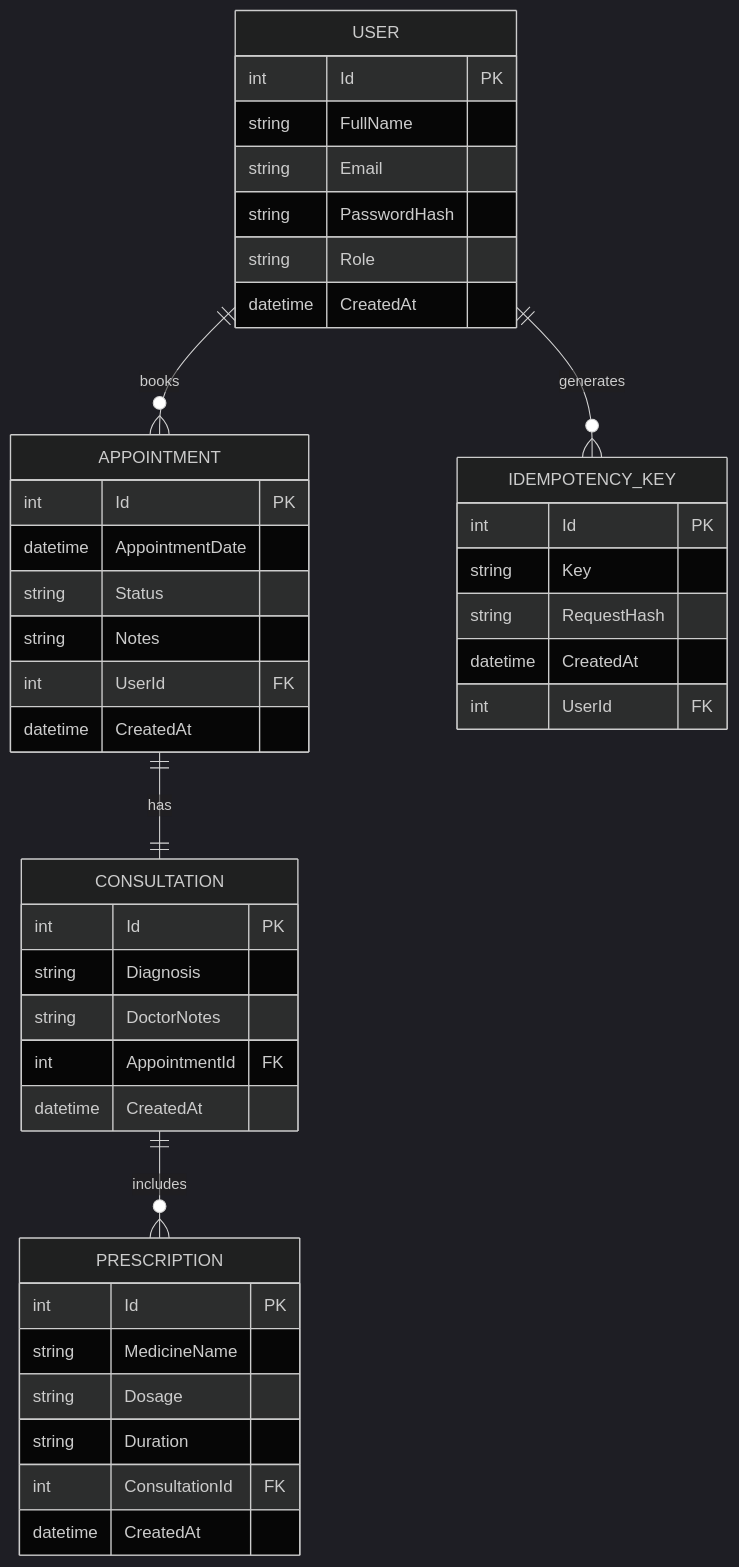
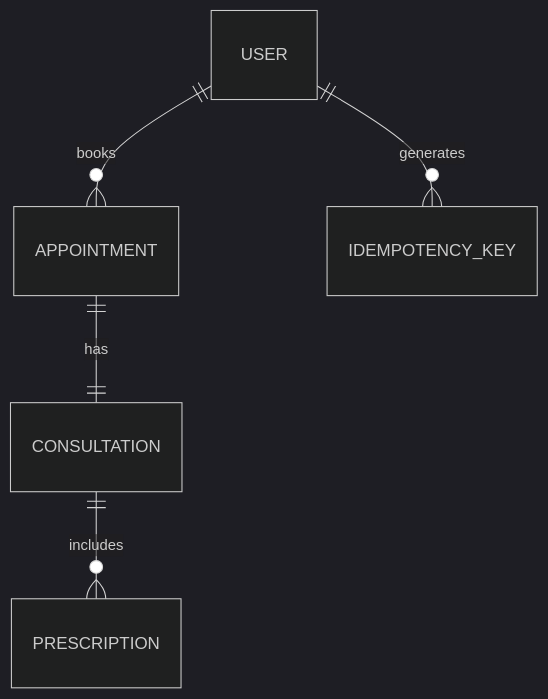
The second of 3 diagrams in README.md (poornimajoshi90/appointment-booking-api), drawn with Mermaid (dark theme) before and after one commit. The commit also changed other lines of this file and 41 other files, not shown here.

````diff
--- a/README.md
+++ b/README.md
@@ -59,52 +69,9 @@
 ```mermaid
 erDiagram
 
-    USER ||--o{ APPOINTMENT : books
-    USER ||--o{ IDEMPOTENCY_KEY : generates
+USER ||--o{ APPOINTMENT : books
+USER ||--o{ IDEMPOTENCY_KEY : generates
 
-    APPOINTMENT ||--|| CONSULTATION : has
-    CONSULTATION ||--o{ PRESCRIPTION : includes
-
-    USER {
-        int Id PK
-        string FullName
-        string Email
-        string PasswordHash
-        string Role
-        datetime CreatedAt
-    }
-
-    APPOINTMENT {
-        int Id PK
-        datetime AppointmentDate
-        string Status
-        string Notes
-        int UserId FK
-        datetime CreatedAt
-    }
-
-    CONSULTATION {
-        int Id PK
-        string Diagnosis
-        string DoctorNotes
-        int AppointmentId FK
-        datetime CreatedAt
-    }
-
-    PRESCRIPTION {
-        int Id PK
-        string MedicineName
-        string Dosage
-        string Duration
-        int ConsultationId FK
-        datetime CreatedAt
-    }
-
-    IDEMPOTENCY_KEY {
-        int Id PK
-        string Key
-        string RequestHash
-        datetime CreatedAt
-        int UserId FK
-    }
+APPOINTMENT ||--|| CONSULTATION : has
+CONSULTATION ||--o{ PRESCRIPTION : includes
 ```
````
